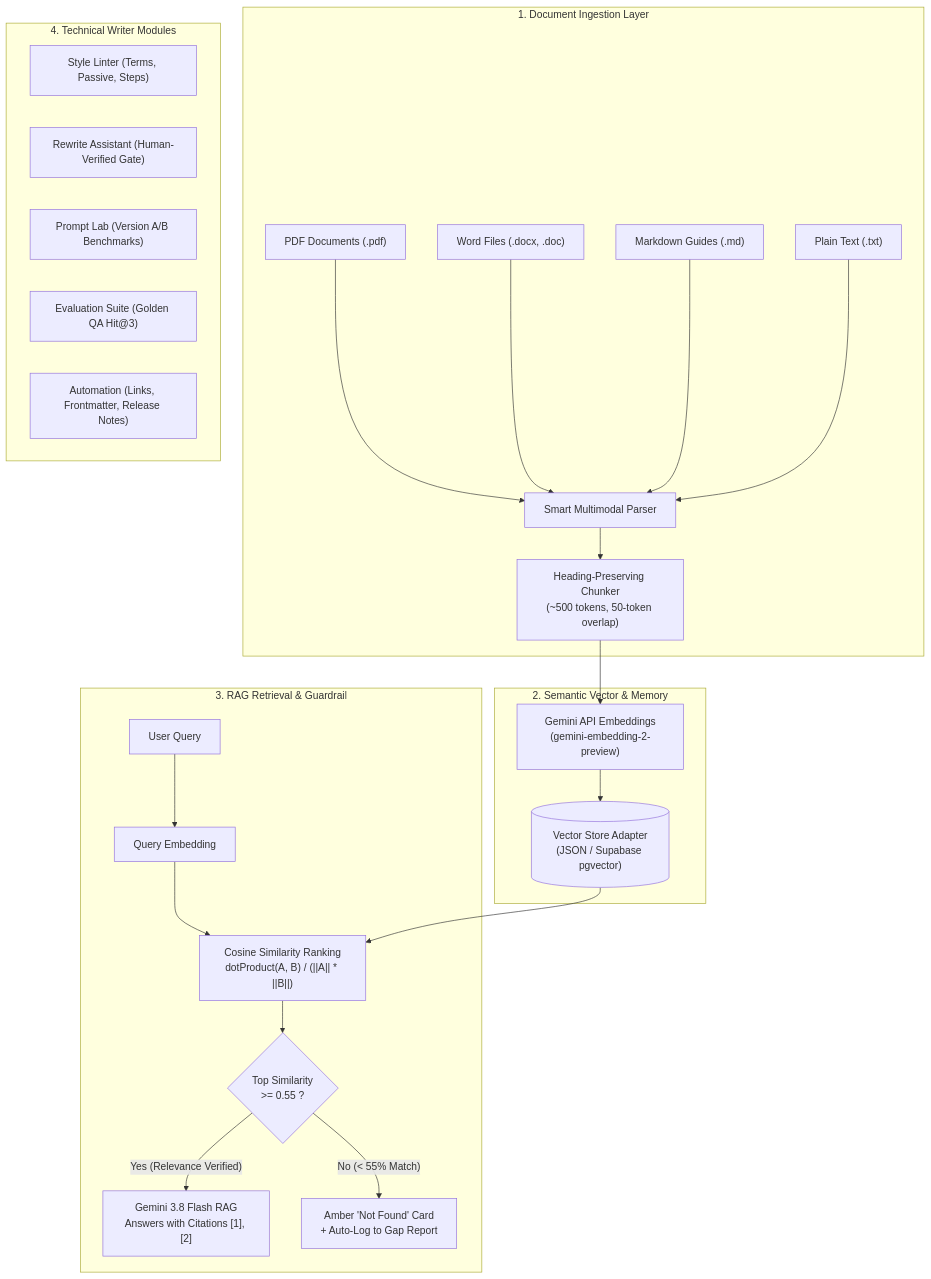
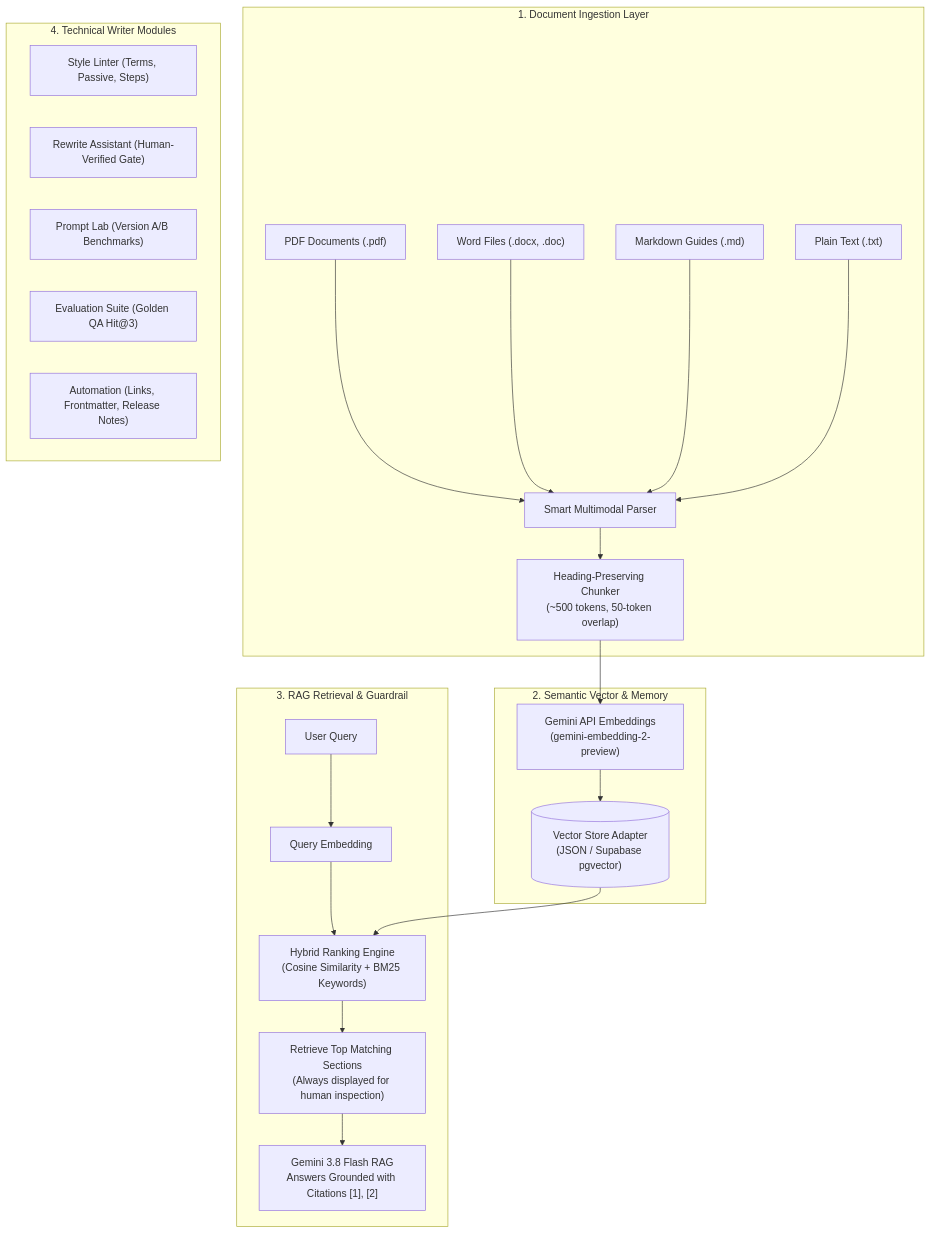
Before and after one commit to Shrikant-Kudale/DocPilot---Tech-Writer-Workbench---GEN-AI-Project: the diagram in README.md, drawn with Mermaid. The commit also changed other lines of this file and 14 other files, not shown here.

````diff
--- a/README.md
+++ b/README.md
@@ -47,32 +47,31 @@
 ```mermaid
 flowchart TD
     subgraph INGESTION["1. Document Ingestion Layer"]
         A1["PDF Documents (.pdf)"] --> B["Smart Multimodal Parser"]
         A2["Word Files (.docx, .doc)"] --> B
         A3["Markdown Guides (.md)"] --> B
         A4["Plain Text (.txt)"] --> B
         B --> C["Heading-Preserving Chunker\n(~500 tokens, 50-token overlap)"]
     end
 
     subgraph VECTOR["2. Semantic Vector & Memory"]
         C --> D["Gemini API Embeddings\n(gemini-embedding-2-preview)"]
         D --> E[("Vector Store Adapter\n(JSON / Supabase pgvector)")]
     end
 
     subgraph QUERY["3. RAG Retrieval & Guardrail"]
         Q["User Query"] --> QE["Query Embedding"]
-        QE --> CS["Cosine Similarity Ranking\ndotProduct(A, B) / (||A|| * ||B||)"]
+        QE --> CS["Hybrid Ranking Engine\n(Cosine Similarity + BM25 Keywords)"]
         E --> CS
-        CS --> GATE{"Top Similarity\n>= 0.55 ?"}
-        GATE -- "Yes (Relevance Verified)" --> RAG["Gemini 3.8 Flash RAG\nAnswers with Citations [1], [2]"]
-        GATE -- "No (< 55% Match)" --> GAP["Amber 'Not Found' Card\n+ Auto-Log to Gap Report"]
+        CS --> RETRIEVE["Retrieve Top Matching Sections\n(Always displayed for human inspection)"]
+        RETRIEVE --> RAG["Gemini 3.8 Flash RAG\nAnswers Grounded with Citations [1], [2]"]
     end
 
     subgraph WORKBENCH["4. Technical Writer Modules"]
         W1["Style Linter (Terms, Passive, Steps)"]
         W2["Rewrite Assistant (Human-Verified Gate)"]
         W3["Prompt Lab (Version A/B Benchmarks)"]
         W4["Evaluation Suite (Golden QA Hit@3)"]
         W5["Automation (Links, Frontmatter, Release Notes)"]
     end
 ```
````
